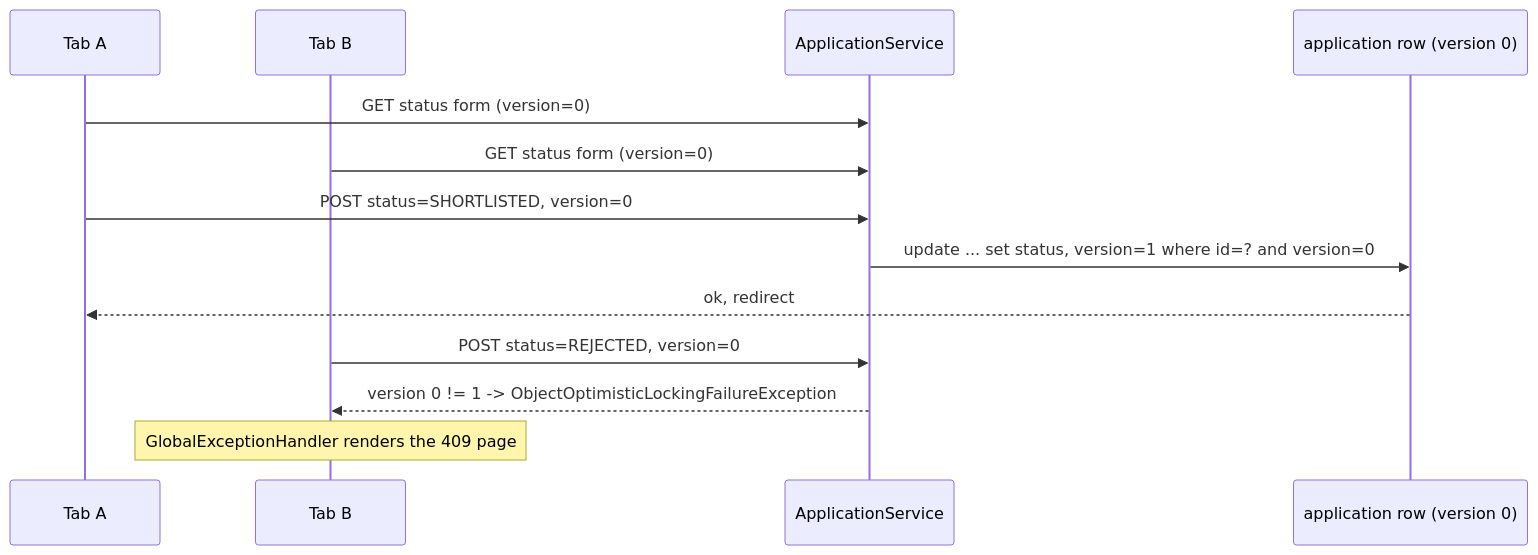
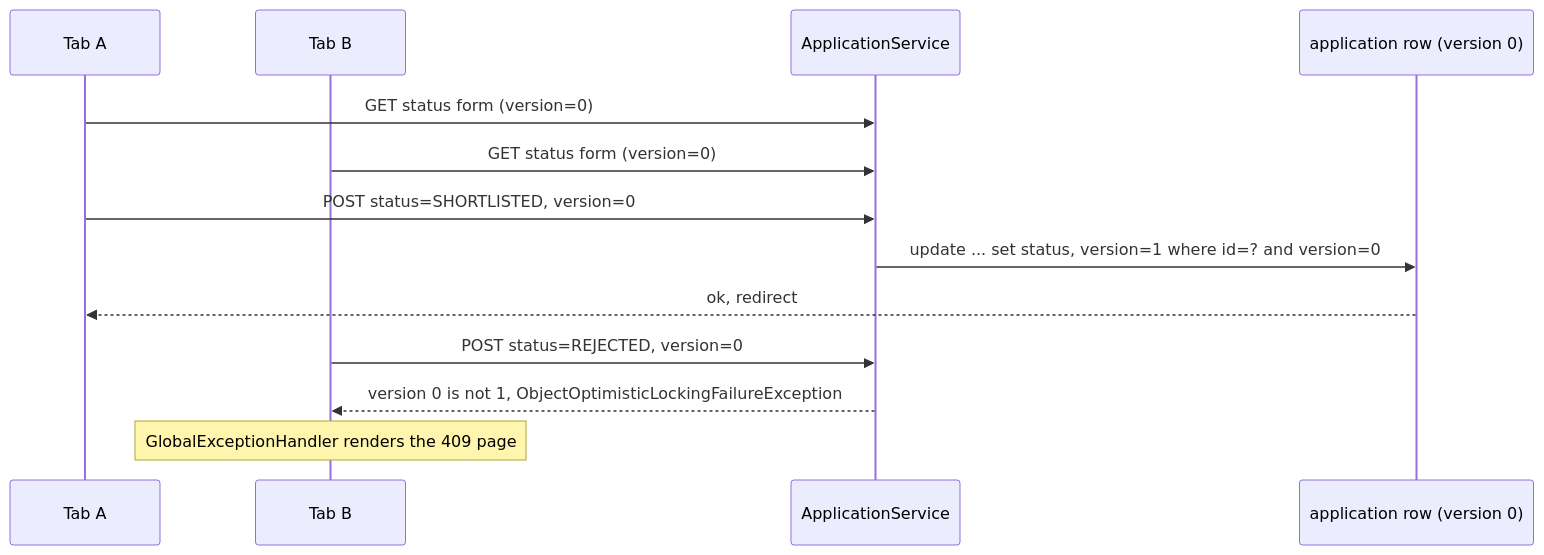
Before and after one commit to prajapatirv/placement-portal-springmvc-hibernate: the fifth of 9 diagrams in docs/03-architecture-and-flows.md, drawn with Mermaid. The commit also changed other lines of this file, not shown here.

First line of the commit message:
Fix Mermaid diagrams that GitHub could not render

````diff
--- a/docs/03-architecture-and-flows.md
+++ b/docs/03-architecture-and-flows.md
@@ -119,15 +119,15 @@
 ```mermaid
 sequenceDiagram
     participant A as Tab A
     participant B as Tab B
     participant S as ApplicationService
     participant DB as application row (version 0)
     A->>S: GET status form (version=0)
     B->>S: GET status form (version=0)
     A->>S: POST status=SHORTLISTED, version=0
     S->>DB: update ... set status, version=1 where id=? and version=0
     DB-->>A: ok, redirect
     B->>S: POST status=REJECTED, version=0
-    S-->>B: version 0 != 1 -> ObjectOptimisticLockingFailureException
+    S-->>B: version 0 is not 1, ObjectOptimisticLockingFailureException
     Note over B: GlobalExceptionHandler renders the 409 page
 ```
````
